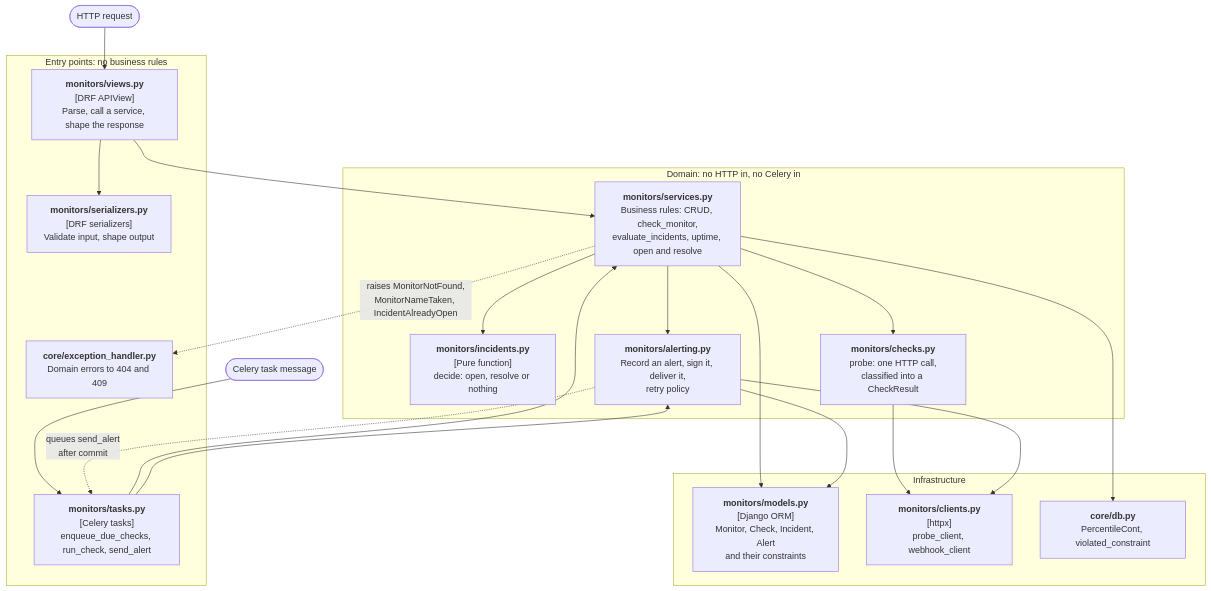
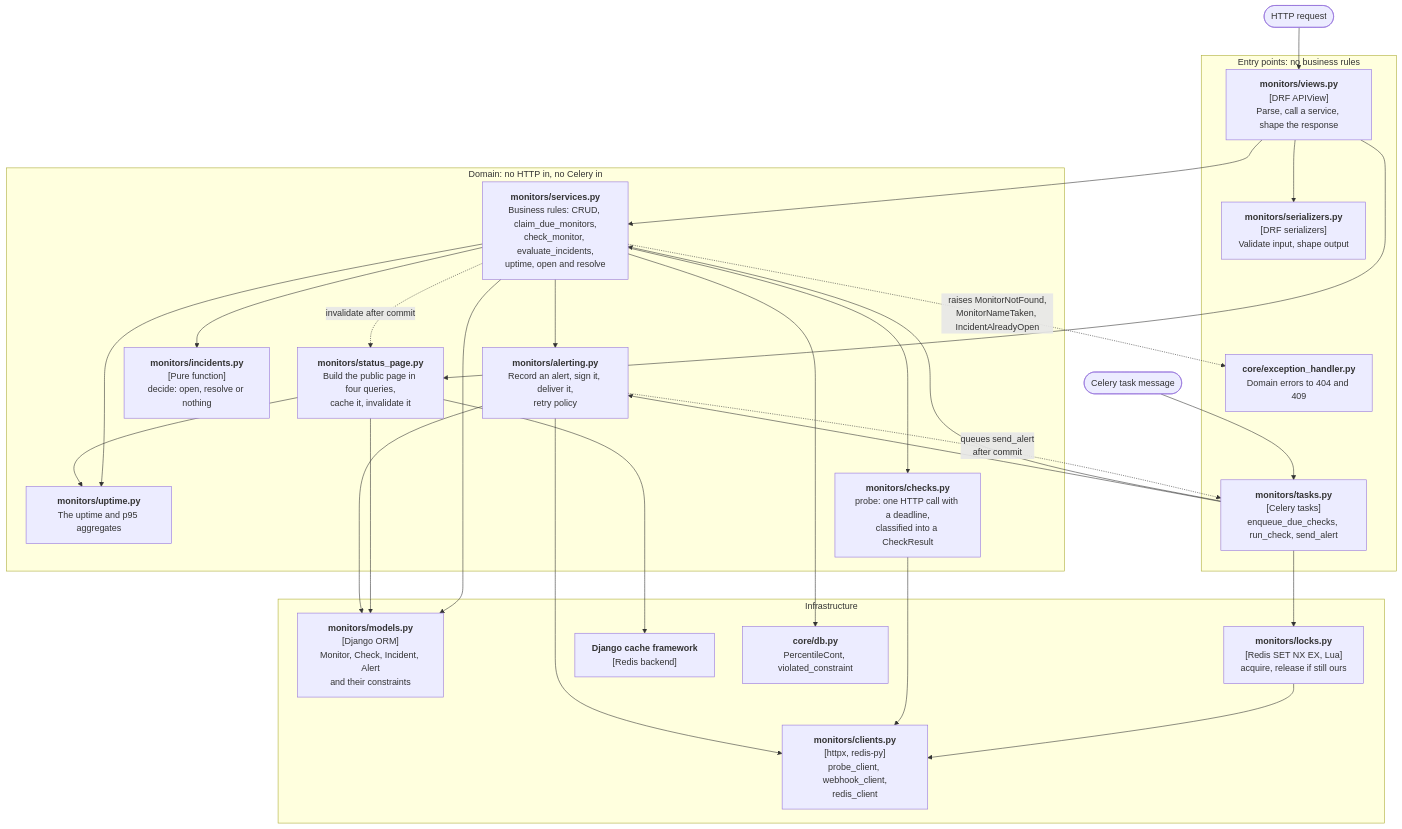
One commit to wbaghdadi20/pulse changed the fourth of 11 diagrams in ARCHITECTURE.md. Above: the diagram before and after it, drawn with Mermaid. The commit also changed other lines of this file and 1 other file, not shown here.

First line of the commit message:
docs: write up D7 in the README and bring the architecture up to date

````diff
--- a/ARCHITECTURE.md
+++ b/ARCHITECTURE.md
@@ -144,42 +149,54 @@
 ```mermaid
 flowchart TB
     http(["HTTP request"])
     task(["Celery task message"])
 
     subgraph entry ["Entry points: no business rules"]
         views["<b>monitors/views.py</b><br/>[DRF APIView]<br/>Parse, call a service, shape the response"]
         serializers["<b>monitors/serializers.py</b><br/>[DRF serializers]<br/>Validate input, shape output"]
         handler["<b>core/exception_handler.py</b><br/>Domain errors to 404 and 409"]
         tasks["<b>monitors/tasks.py</b><br/>[Celery tasks]<br/>enqueue_due_checks, run_check, send_alert"]
     end
 
     subgraph domain ["Domain: no HTTP in, no Celery in"]
-        services["<b>monitors/services.py</b><br/>Business rules: CRUD, check_monitor,<br/>evaluate_incidents, uptime, open and resolve"]
+        services["<b>monitors/services.py</b><br/>Business rules: CRUD, claim_due_monitors,<br/>check_monitor, evaluate_incidents,<br/>uptime, open and resolve"]
+        statuspage["<b>monitors/status_page.py</b><br/>Build the public page in four queries,<br/>cache it, invalidate it"]
+        uptime["<b>monitors/uptime.py</b><br/>The uptime and p95 aggregates"]
         incidents["<b>monitors/incidents.py</b><br/>[Pure function]<br/>decide: open, resolve or nothing"]
         alerting["<b>monitors/alerting.py</b><br/>Record an alert, sign it, deliver it,<br/>retry policy"]
-        checks["<b>monitors/checks.py</b><br/>probe: one HTTP call,<br/>classified into a CheckResult"]
+        checks["<b>monitors/checks.py</b><br/>probe: one HTTP call with a deadline,<br/>classified into a CheckResult"]
     end
 
     subgraph infra ["Infrastructure"]
         models["<b>monitors/models.py</b><br/>[Django ORM]<br/>Monitor, Check, Incident, Alert<br/>and their constraints"]
-        clients["<b>monitors/clients.py</b><br/>[httpx]<br/>probe_client, webhook_client"]
+        clients["<b>monitors/clients.py</b><br/>[httpx, redis-py]<br/>probe_client, webhook_client,<br/>redis_client"]
+        locks["<b>monitors/locks.py</b><br/>[Redis SET NX EX, Lua]<br/>acquire, release if still ours"]
+        cache["<b>Django cache framework</b><br/>[Redis backend]"]
         db["<b>core/db.py</b><br/>PercentileCont, violated_constraint"]
     end
 
     http --> views
     views --> serializers
     views --> services
+    views --> statuspage
     services -. "raises MonitorNotFound,<br/>MonitorNameTaken, IncidentAlreadyOpen" .-> handler
     task --> tasks
     tasks --> services
     tasks --> alerting
+    tasks --> locks
     services --> checks
     services --> incidents
     services --> alerting
     services --> models
     services --> db
+    services --> uptime
+    services -. "invalidate after commit" .-> statuspage
+    statuspage --> uptime
+    statuspage --> models
+    statuspage --> cache
+    locks --> clients
     alerting --> models
     alerting -. "queues send_alert<br/>after commit" .-> tasks
     checks --> clients
     alerting --> clients
 ```
````
